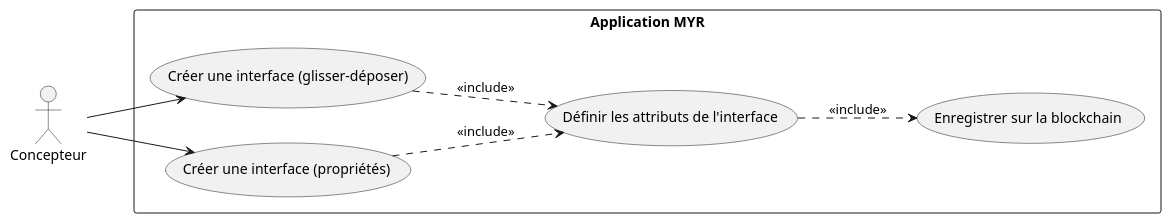
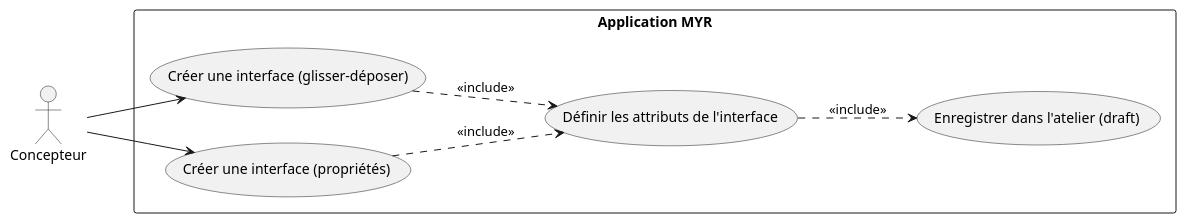
Before and after one commit to olivaux/myr: the first of 2 diagrams in specs/1-Expression/UCAM-Atelier_Module/UCAM03.md, drawn with PlantUML. The commit also changed other lines of this file, not shown here.

````diff
--- a/specs/1-Expression/UCAM-Atelier_Module/UCAM03.md
+++ b/specs/1-Expression/UCAM-Atelier_Module/UCAM03.md
@@ -14,21 +13,21 @@
 ```plantuml
 @startuml
 left to right direction
 
 actor "Concepteur" as C
 
 rectangle "Application MYR" {
     usecase "Créer une interface (glisser-déposer)" as UC1
     usecase "Créer une interface (propriétés)" as UC2
     usecase "Définir les attributs de l'interface" as UC3
-    usecase "Enregistrer sur la blockchain" as UC4
+    usecase "Enregistrer dans l'atelier (draft)" as UC4
 }
 
 C --> UC1
 C --> UC2
 UC1 ..> UC3 : <<include>>
 UC2 ..> UC3 : <<include>>
 UC3 ..> UC4 : <<include>>
 
 @enduml
 ```
````
